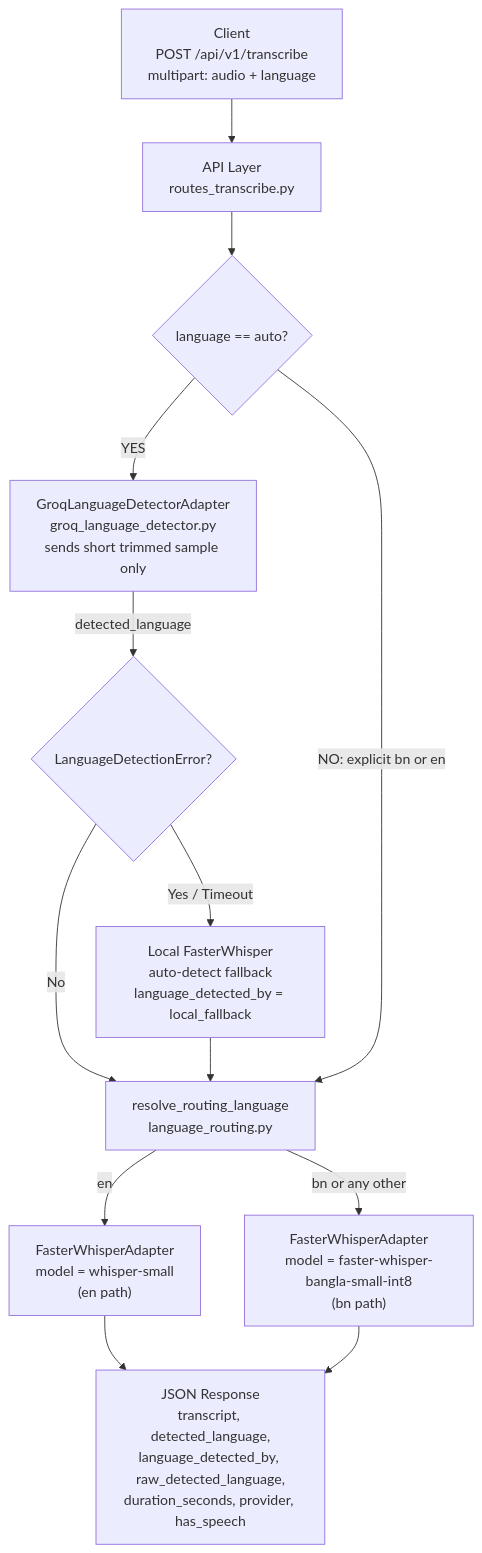
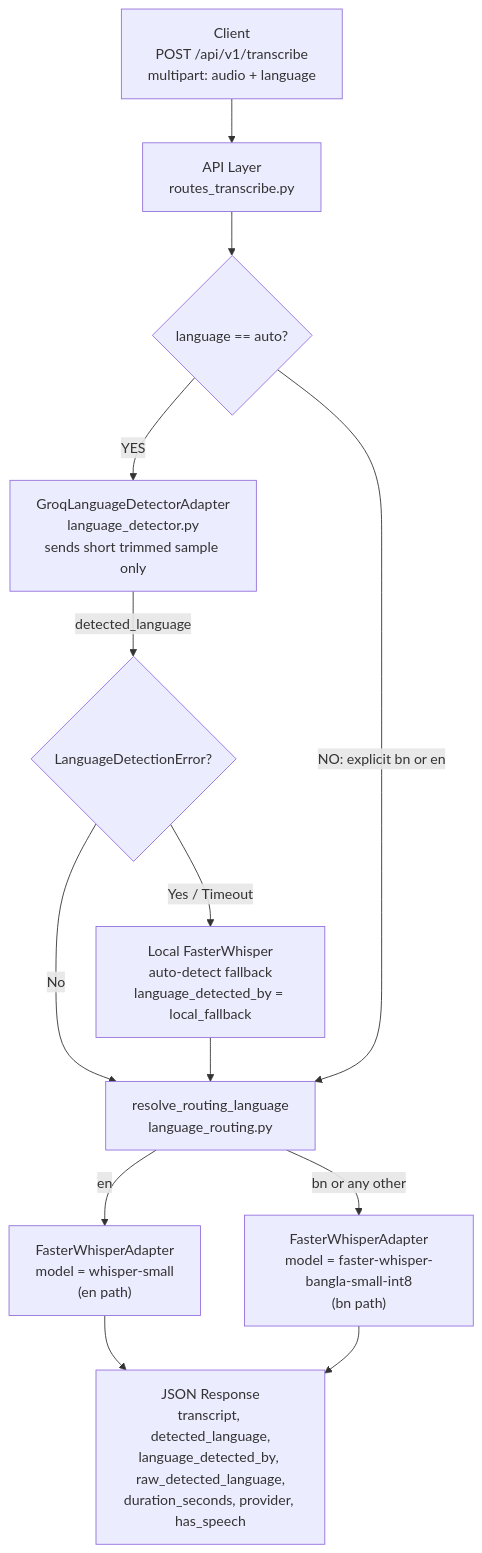
One commit to Ranger-DRAX/celloscope-asr-ocr-pipeline changed the diagram in README.md. Above: the diagram before and after it, drawn with Mermaid. The commit also changed other lines of this file and 5 other files, not shown here.

Commit message:
refactor: add provider-based lab report extraction architecture

````diff
--- a/README.md
+++ b/README.md
@@ -9,19 +9,19 @@
 ```mermaid
 graph TD
     A["Client<br/>POST /api/v1/transcribe<br/>multipart: audio + language"] --> B["API Layer<br/>routes_transcribe.py"]
     B --> C{"language == auto?"}
 
-    C -- YES --> D["GroqLanguageDetectorAdapter<br/>groq_language_detector.py<br/>sends short trimmed sample only"]
+    C -- YES --> D["GroqLanguageDetectorAdapter<br/>language_detector.py<br/>sends short trimmed sample only"]
     D -- detected_language --> E{"LanguageDetectionError?"}
     E -- No --> F["resolve_routing_language<br/>language_routing.py"]
     E -- "Yes / Timeout" --> G["Local FasterWhisper<br/>auto-detect fallback<br/>language_detected_by = local_fallback"]
     G --> F
 
     C -- "NO: explicit bn or en" --> F
 
     F -- en --> H["FasterWhisperAdapter<br/>model = whisper-small<br/>(en path)"]
     F -- "bn or any other" --> I["FasterWhisperAdapter<br/>model = faster-whisper-bangla-small-int8<br/>(bn path)"]
 
     H --> J["JSON Response<br/>transcript, detected_language,<br/>language_detected_by, raw_detected_language,<br/>duration_seconds, provider, has_speech"]
     I --> J
 ```
````
